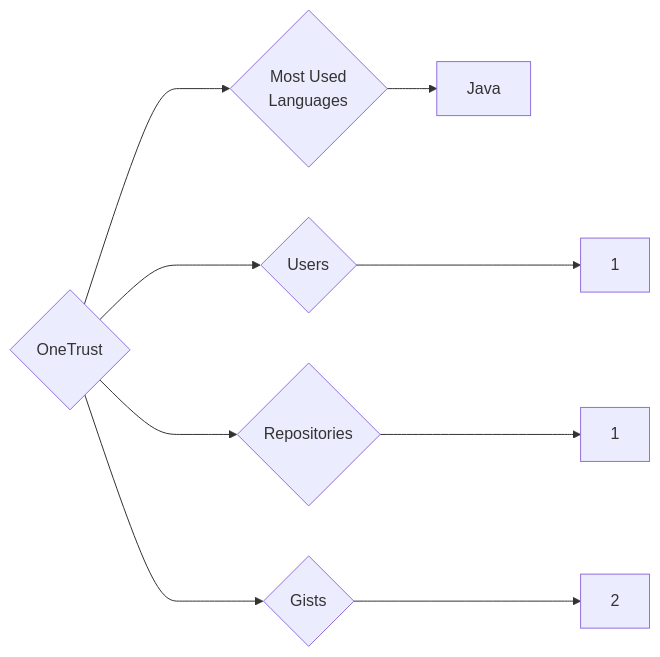
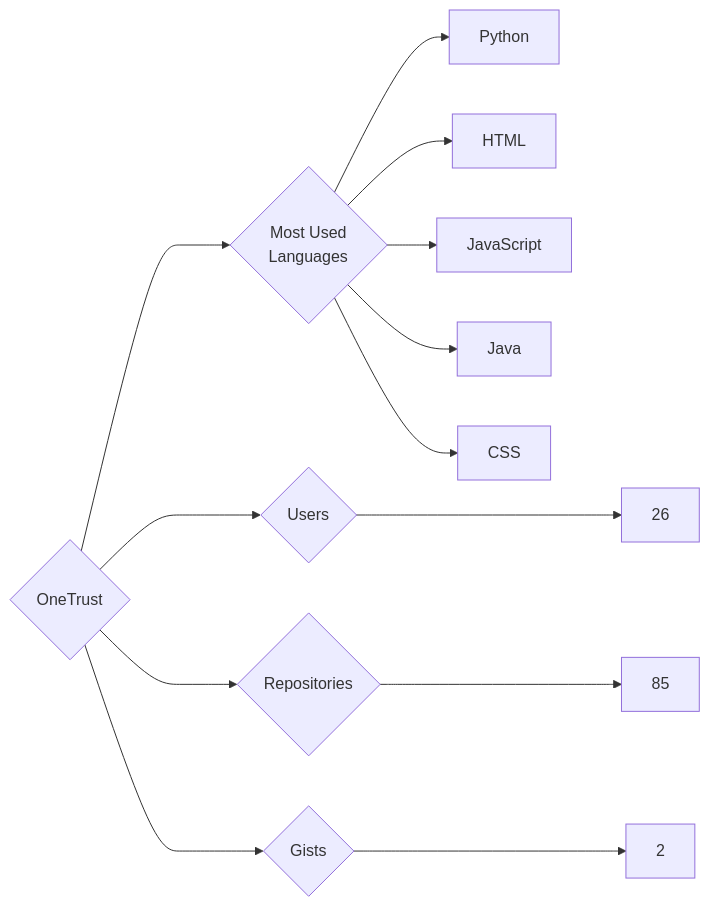
The diagram in targets/OneTrust/README.md (trickest/insiders), drawn with Mermaid before and after one commit. The commit also changed 833 other files, not shown here.

````diff
--- a/targets/OneTrust/README.md
+++ b/targets/OneTrust/README.md
@@ -3,9 +3,13 @@
 ```mermaid
 graph LR
 COMPANY_NAME{OneTrust}
-COMPANY_NAME ---> U{Users} ---> UN[1]
-COMPANY_NAME ---> R{Repositories} ---> RN[1]
+COMPANY_NAME ---> U{Users} ---> UN[26]
+COMPANY_NAME ---> R{Repositories} ---> RN[85]
 COMPANY_NAME ---> G{Gists} ---> GN[2]
 COMPANY_NAME ---> ML{Most Used<br>Languages}
+ML --> Python[Python]
+ML --> HTML[HTML]
+ML --> JavaScript[JavaScript]
 ML --> Java[Java]
+ML --> CSS[CSS]
 ```
````
